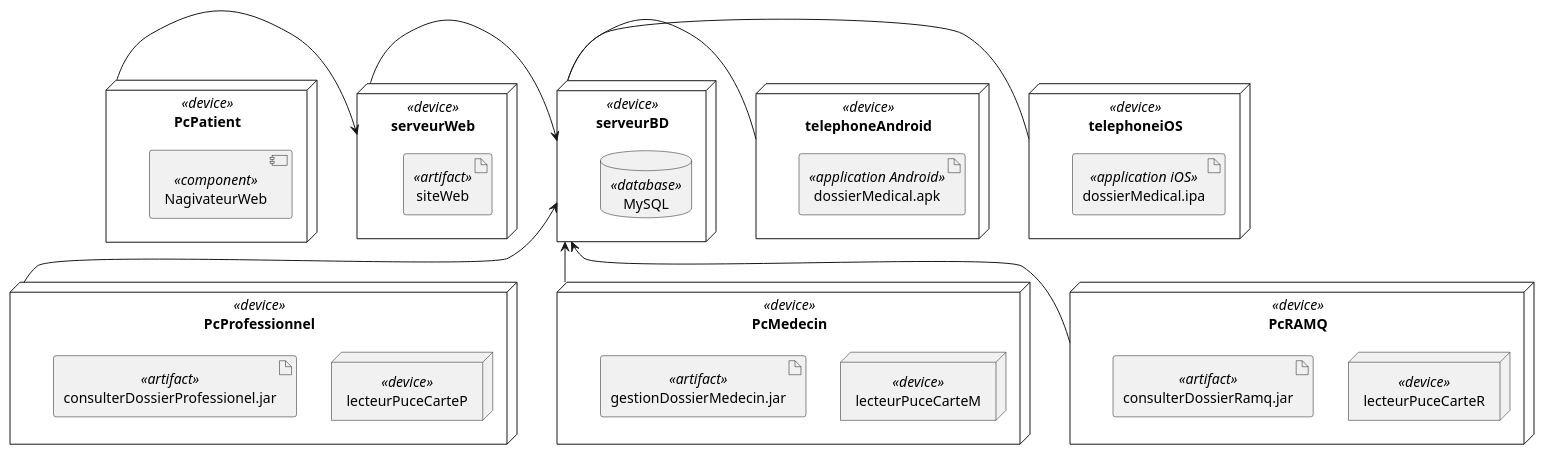
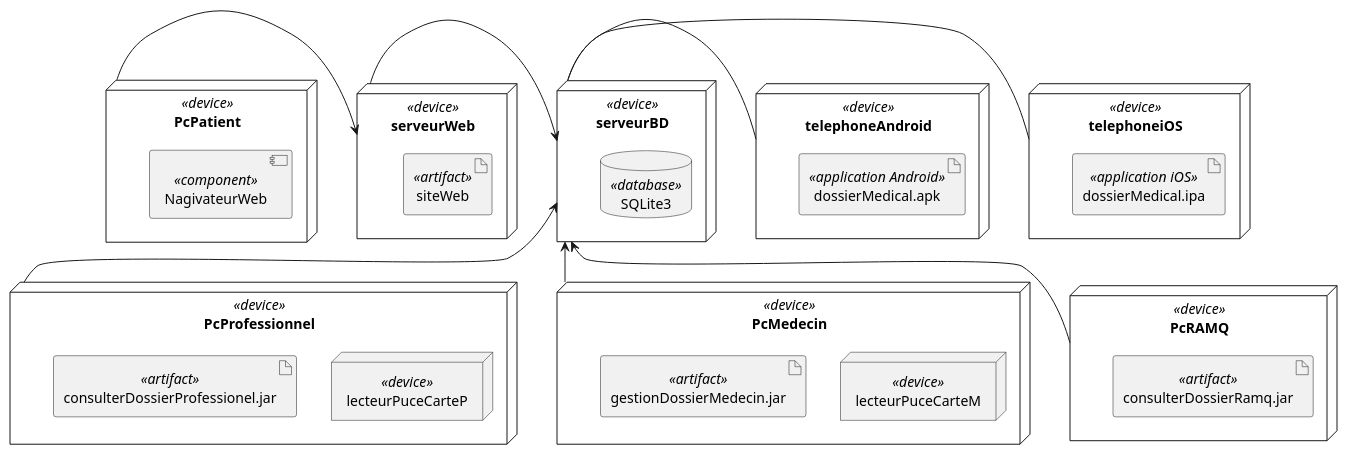
Before and after one commit to fethiuqam/INF5153-Projet-Session: the diagram in models/Diagramme_Deploiement_Systeme/system_deployment_diagram.puml, drawn with PlantUML.

Commit message:
ajustement diagramme deploiement systeme

```diff
--- a/models/Diagramme_Deploiement_Systeme/system_deployment_diagram.puml
+++ b/models/Diagramme_Deploiement_Systeme/system_deployment_diagram.puml
@@ -1,55 +1,54 @@
 @startuml
 node telephoneAndroid <<device>> {
  artifact dossierMedical.apk <<application Android>>
 }
 
 node telephoneiOS <<device>> {
  artifact dossierMedical.ipa <<application iOS>>
 }
 
 node PcProfessionnel <<device>> {
  node lecteurPuceCarteP <<device>>
  artifact consulterDossierProfessionel.jar <<artifact>>
 
 }
 
 node PcMedecin <<device>> {
  node lecteurPuceCarteM <<device>>
  artifact gestionDossierMedecin.jar <<artifact>>
 
 }
 
 node PcRAMQ <<device>> {
- node lecteurPuceCarteR <<device>>
  artifact consulterDossierRamq.jar <<artifact>>
 
 }
 
 node PcPatient <<device>> {
     component NagivateurWeb <<component>>
 }
 
 
 node serveurBD <<device>> {
- database MySQL <<database>>
+ database SQLite3 <<database>>
 }
 
 node serveurWeb <<device>> {
  artifact siteWeb <<artifact>>
 }
 
 
 PcPatient -r-> serveurWeb
 serveurWeb -> serveurBD
 
 telephoneAndroid -l- serveurBD
 telephoneiOS -l- serveurBD
 
 PcProfessionnel -u-> serveurBD
 PcMedecin -u-> serveurBD
 PcRAMQ -u-> serveurBD
 
 
 
 
 @enduml
```
